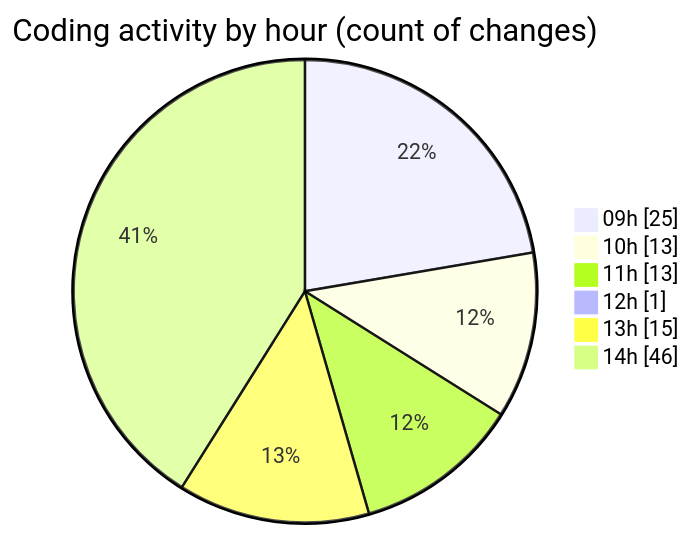
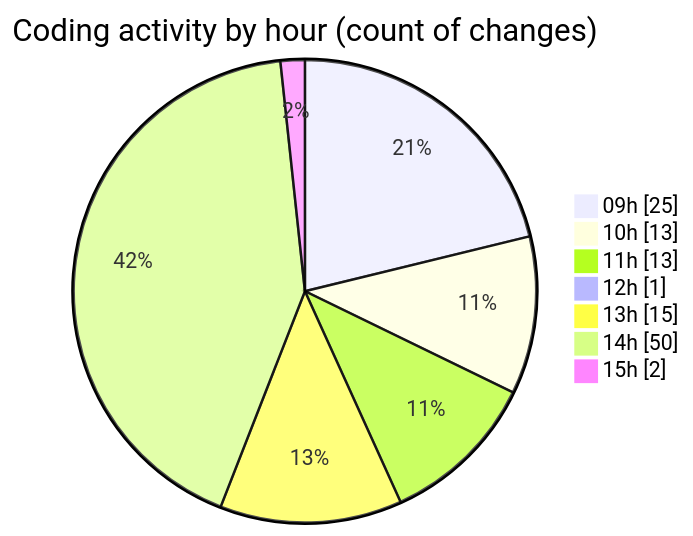
Before and after one commit to momahboobian/code-tracking: the second of 2 diagrams in 2025-05-07/cda/README.md, drawn with Mermaid. The commit also changed other lines of this file and 1 other file, not shown here.

````diff
--- a/2025-05-07/cda/README.md
+++ b/2025-05-07/cda/README.md
@@ -94,10 +95,11 @@
 ```mermaid
 pie showData
 title Coding activity by hour (count of changes)
 "09h" : 25
 "10h" : 13
 "11h" : 13
 "12h" : 1
 "13h" : 15
-"14h" : 46
+"14h" : 50
+"15h" : 2
 ```
````
